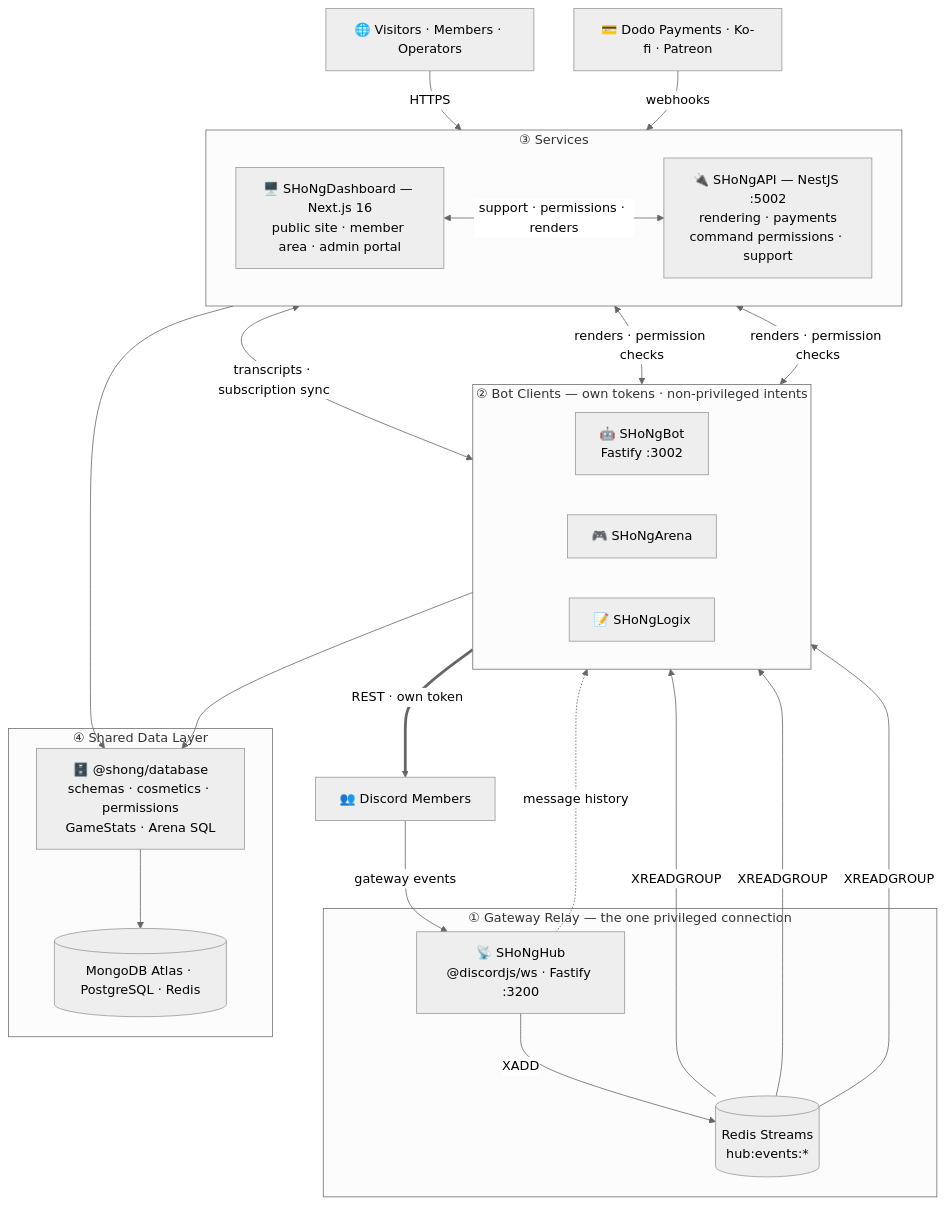
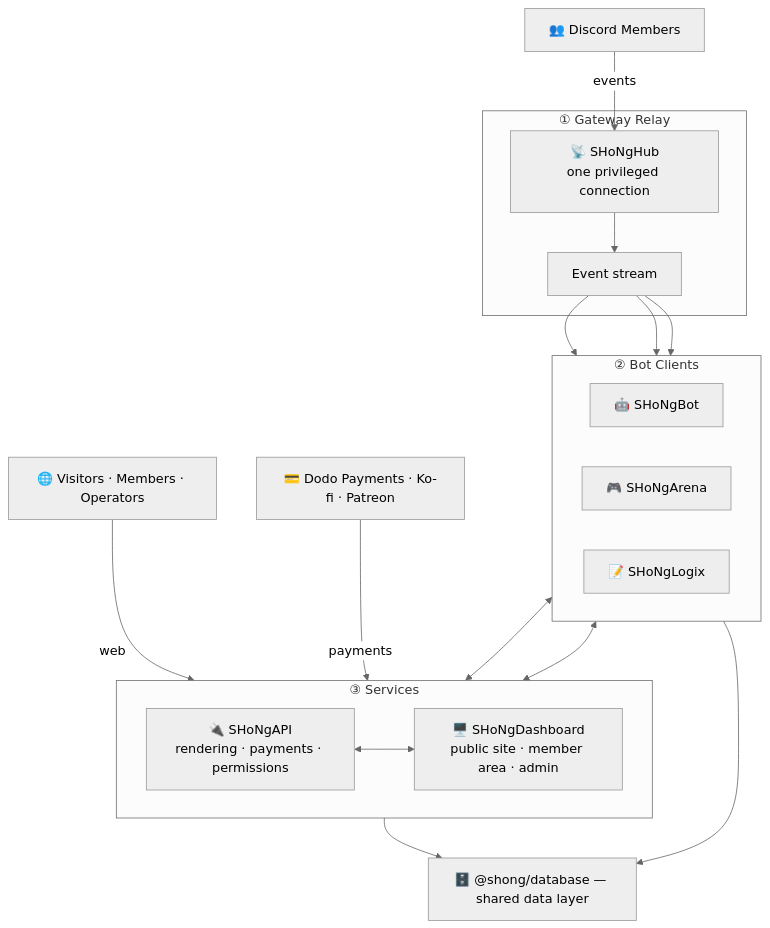
The diagram in profile/README.md (1SHoNgxBoNg/.github), drawn with Mermaid (neutral theme) before and after one commit. The commit also changed other lines of this file, not shown here.

First line of the commit message:
Strip internal detail from the public profile page

````diff
--- a/profile/README.md
+++ b/profile/README.md
@@ -112,60 +110,42 @@
 ```mermaid
 flowchart TD
-    %% ─── Ingress ───────────────────────────────────────────────
     Members["👥 Discord Members"]
     Web["🌐 Visitors · Members · Operators"]
     Pay["💳 Dodo Payments · Ko-fi · Patreon"]
 
-    %% ─── 1. Relay ──────────────────────────────────────────────
-    subgraph Relay ["① Gateway Relay — the one privileged connection"]
-        Hub["📡 SHoNgHub<br/>@discordjs/ws · Fastify :3200"]
-        Streams[("Redis Streams<br/>hub:events:*")]
-        Hub -->|XADD| Streams
+    subgraph Relay ["① Gateway Relay"]
+        Hub["📡 SHoNgHub<br/>one privileged connection"]
+        Stream["Event stream"]
+        Hub --> Stream
     end
 
-    %% ─── 2. Bots ───────────────────────────────────────────────
-    subgraph Clients ["② Bot Clients — own tokens · non-privileged intents"]
+    subgraph Clients ["② Bot Clients"]
         direction LR
-        Bot["🤖 SHoNgBot<br/>Fastify :3002"]
+        Bot["🤖 SHoNgBot"]
         Arena["🎮 SHoNgArena"]
         Logix["📝 SHoNgLogix"]
     end
 
-    %% ─── 3. Services ───────────────────────────────────────────
     subgraph Services ["③ Services"]
         direction LR
-        API["🔌 SHoNgAPI — NestJS :5002<br/>rendering · payments<br/>command permissions · support"]
-        Dash["🖥️ SHoNgDashboard — Next.js 16<br/>public site · member area · admin portal"]
+        API["🔌 SHoNgAPI<br/>rendering · payments · permissions"]
+        Dash["🖥️ SHoNgDashboard<br/>public site · member area · admin"]
     end
 
-    %% ─── 4. Data ───────────────────────────────────────────────
-    subgraph Foundation ["④ Shared Data Layer"]
-        Shared["🗄️ @shong/database<br/>schemas · cosmetics · permissions<br/>GameStats · Arena SQL"]
-        Stores[("MongoDB Atlas · PostgreSQL · Redis")]
-        Shared --> Stores
-    end
+    Shared["🗄️ @shong/database — shared data layer"]
 
-    %% ─── Ingress ───
-    Members -->|gateway events| Hub
-    Web -->|HTTPS| Dash
-    Pay -->|webhooks| API
+    Members -->|events| Hub
+    Web -->|web| Dash
+    Pay -->|payments| API
 
-    %% ─── Fan-out ───
-    Streams -->|XREADGROUP| Bot
-    Streams -->|XREADGROUP| Arena
-    Streams -->|XREADGROUP| Logix
-    Hub -.->|message history| Bot
+    Stream --> Bot
+    Stream --> Arena
+    Stream --> Logix
 
-    %% ─── Bots act directly on Discord ───
-    Clients ==>|REST · own token| Members
+    Clients <--> API
+    Bot <--> Dash
+    API <--> Dash
 
-    %% ─── Service traffic ───
-    Bot <-->|renders · permission checks| API
-    Arena <-->|renders · permission checks| API
-    Dash <-->|transcripts · subscription sync| Bot
-    Dash <-->|support · permissions · renders| API
-
-    %% ─── Everything sits on the shared layer ───
     Clients --> Shared
     Services --> Shared
 ```
````
